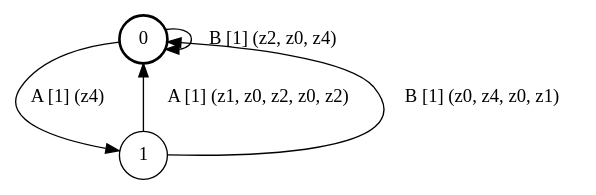
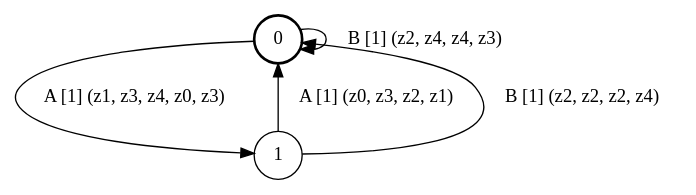
Before and after one commit to ulyantsev/EFSM-tools: the diagram in qbf/testing/fsm_2s2e5a.dot, drawn with Graphviz. The commit also changed 1162 other files, not shown here.

```diff
--- a/qbf/testing/fsm_2s2e5a.dot
+++ b/qbf/testing/fsm_2s2e5a.dot
@@ -1,10 +1,10 @@
 # generated file, don't try to modify
 # command: dot -Tpng <filename> > tree.png
 digraph Automaton {
     node [shape = circle];
     0 [style = "bold"];
-    0 -> 1 [label = "A [1] (z4) "];
-    0 -> 0 [label = "B [1] (z2, z0, z4) "];
-    1 -> 0 [label = "A [1] (z1, z0, z2, z0, z2) "];
-    1 -> 0 [label = "B [1] (z0, z4, z0, z1) "];
+    0 -> 1 [label = "A [1] (z1, z3, z4, z0, z3) "];
+    0 -> 0 [label = "B [1] (z2, z4, z4, z3) "];
+    1 -> 0 [label = "A [1] (z0, z3, z2, z1) "];
+    1 -> 0 [label = "B [1] (z2, z2, z2, z4) "];
 }
```
